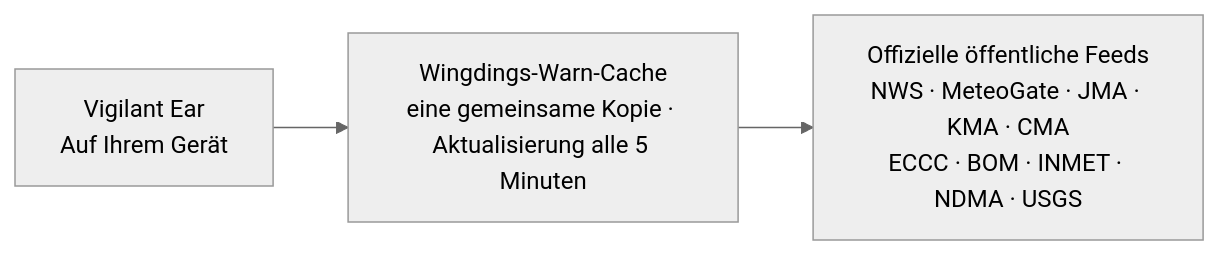
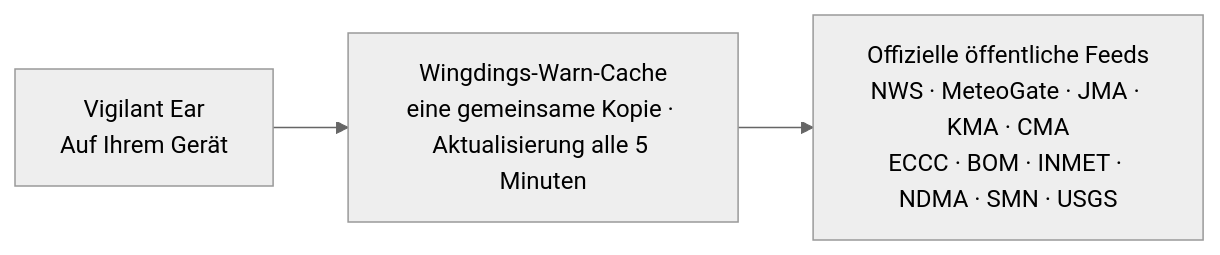
Before and after one commit to rpalm01-star/VigilantEarLegal: the fourth of 4 diagrams in README_de.md, drawn with Mermaid (neutral theme). The commit also changed other lines of this file and 44 other files, not shown here.

````diff
--- a/README_de.md
+++ b/README_de.md
@@ -171,5 +171,5 @@
 ```mermaid
 graph LR
     P1["Vigilant Ear<br/>Auf Ihrem Gerät"] --> W["Wingdings-Warn-Cache<br/>eine gemeinsame Kopie · Aktualisierung alle 5 Minuten"]
-    W --> N["Offizielle öffentliche Feeds<br/>NWS · MeteoGate · JMA · KMA · CMA<br/>ECCC · BOM · INMET · NDMA · USGS"]
+    W --> N["Offizielle öffentliche Feeds<br/>NWS · MeteoGate · JMA · KMA · CMA<br/>ECCC · BOM · INMET · NDMA · SMN · USGS"]
 ```
````
